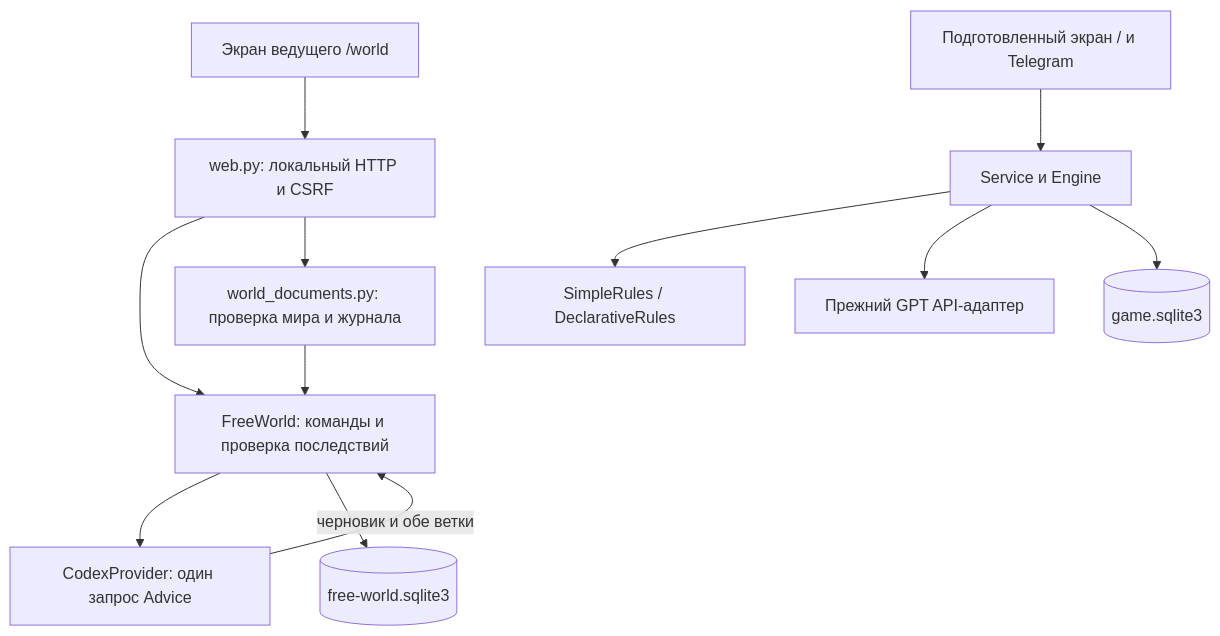
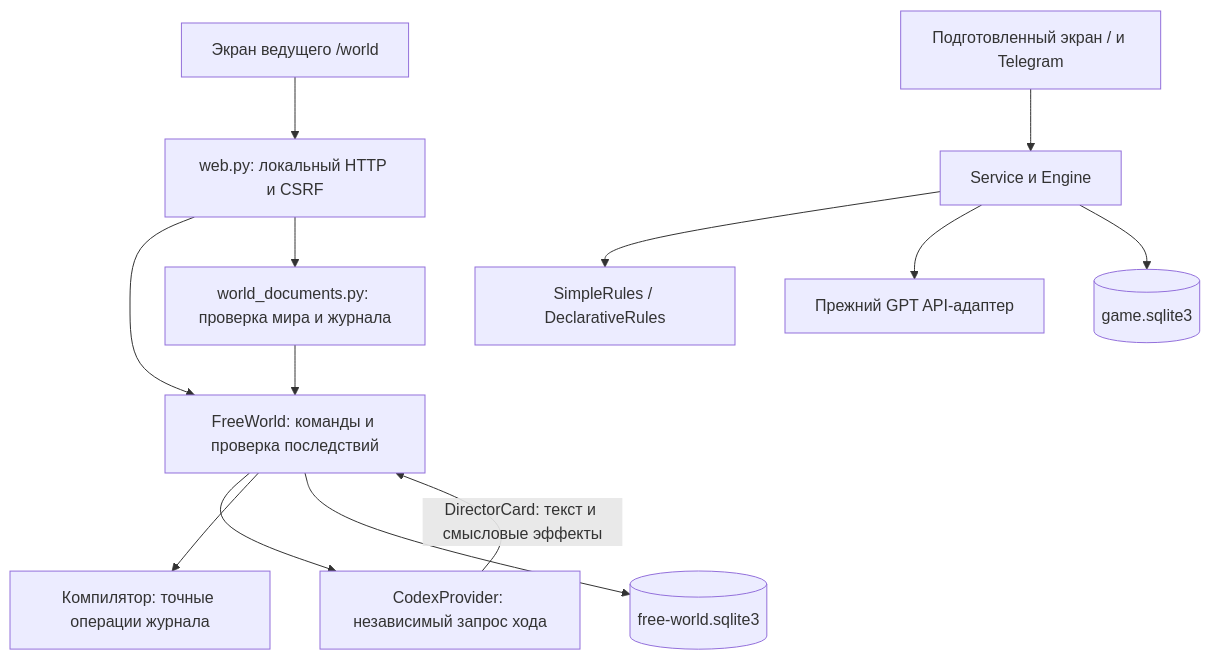
The diagram in docs/ARCHITECTURE.md (Maxveger/DnD_helper), drawn with Mermaid before and after one commit. The commit also changed other lines of this file and 30 other files, not shown here.

````diff
--- a/docs/ARCHITECTURE.md
+++ b/docs/ARCHITECTURE.md
@@ -19,14 +19,15 @@
 ```mermaid
 flowchart TD
     W[Экран ведущего /world] --> H[web.py: локальный HTTP и CSRF]
     H --> F[FreeWorld: команды и проверка последствий]
-    F --> C[CodexProvider: один запрос Advice]
-    C -->|черновик и обе ветки| F
+    F --> C[CodexProvider: независимый запрос хода]
+    C -->|DirectorCard: текст и смысловые эффекты| F
+    F --> K[Компилятор: точные операции журнала]
     F --> D[(free-world.sqlite3)]
     H --> A[world_documents.py: проверка мира и журнала]
     A --> F
     O[Подготовленный экран / и Telegram] --> S[Service и Engine]
     S --> R[SimpleRules / DeclarativeRules]
     S --> P[Прежний GPT API-адаптер]
     S --> L[(game.sqlite3)]
 ```
````
